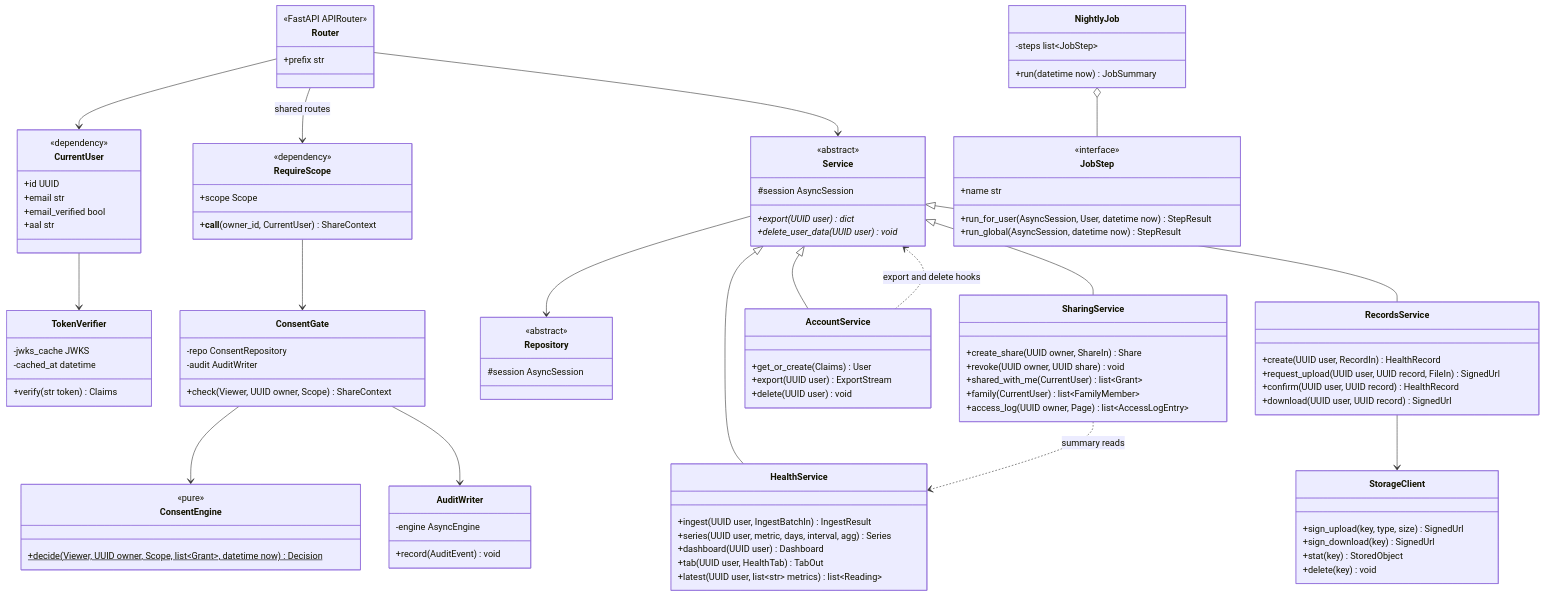
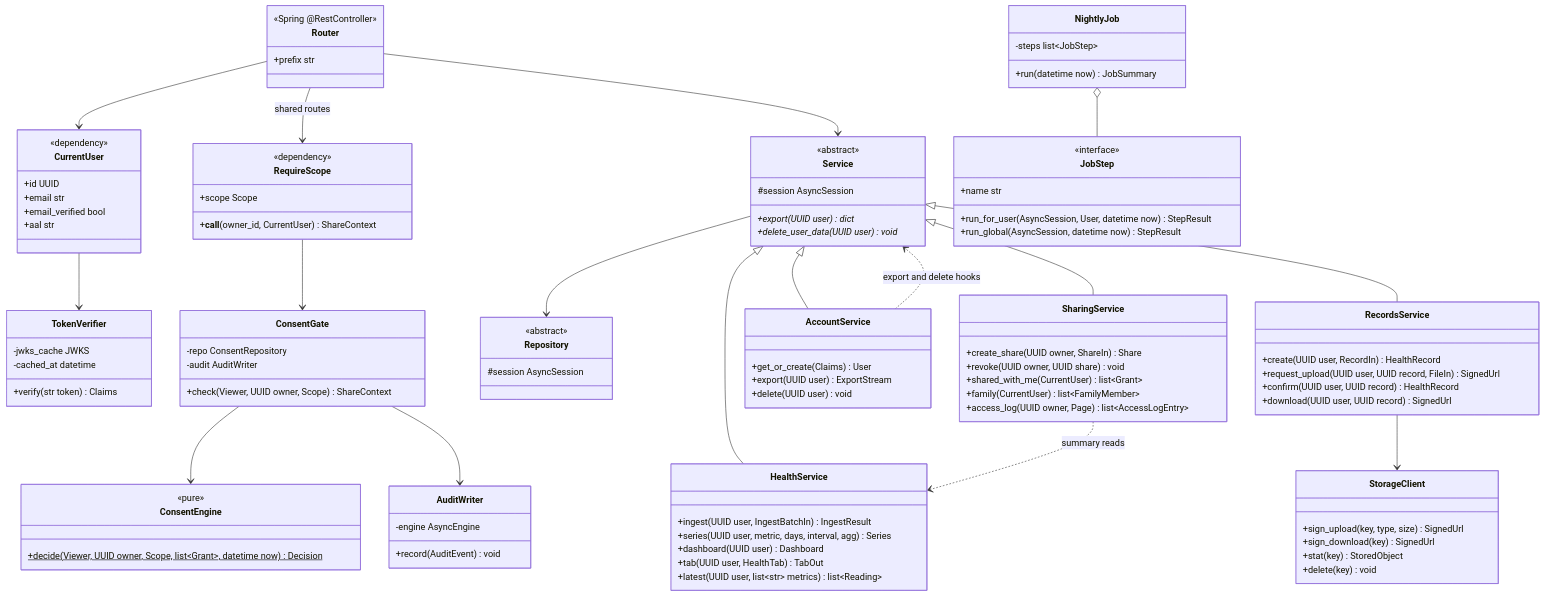
One commit to Prabin-Aman/VitalLink changed the fourth of 5 diagrams in backend/docs/03-class-diagram.md. Above: the diagram before and after it, drawn with Mermaid. The commit also changed other lines of this file and 239 other files, not shown here.

```diff
--- a/backend/docs/03-class-diagram.md
+++ b/backend/docs/03-class-diagram.md
@@ -417,7 +417,7 @@
 classDiagram
   direction TB
   class Router {
-    <<FastAPI APIRouter>>
+    <<Spring @RestController>>
     +prefix str
   }
   class CurrentUser {
```
